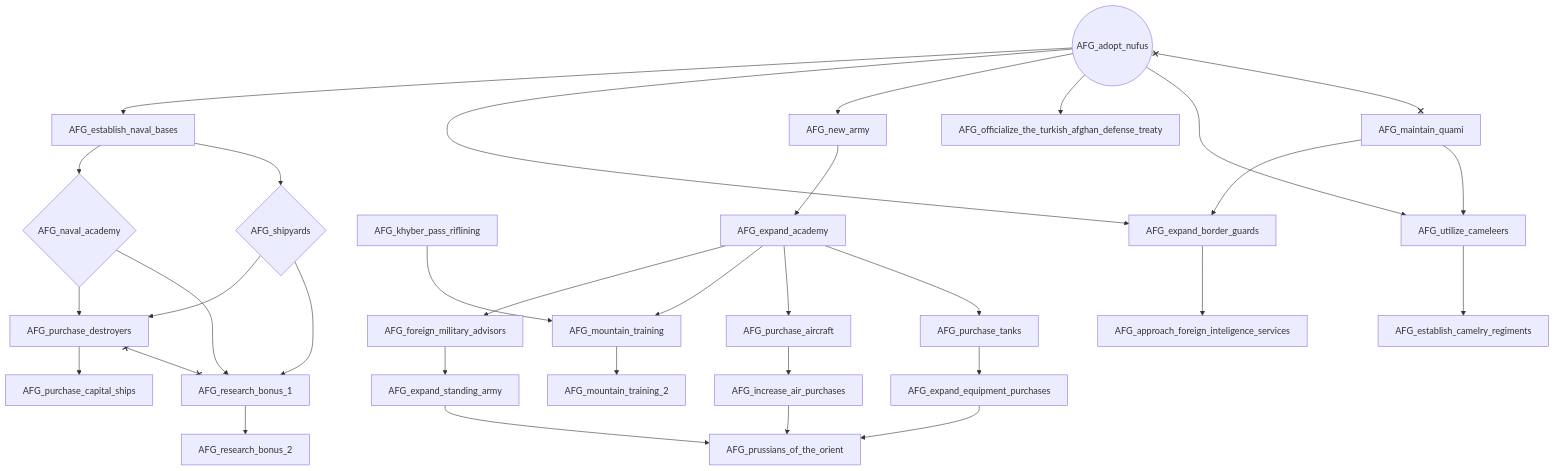
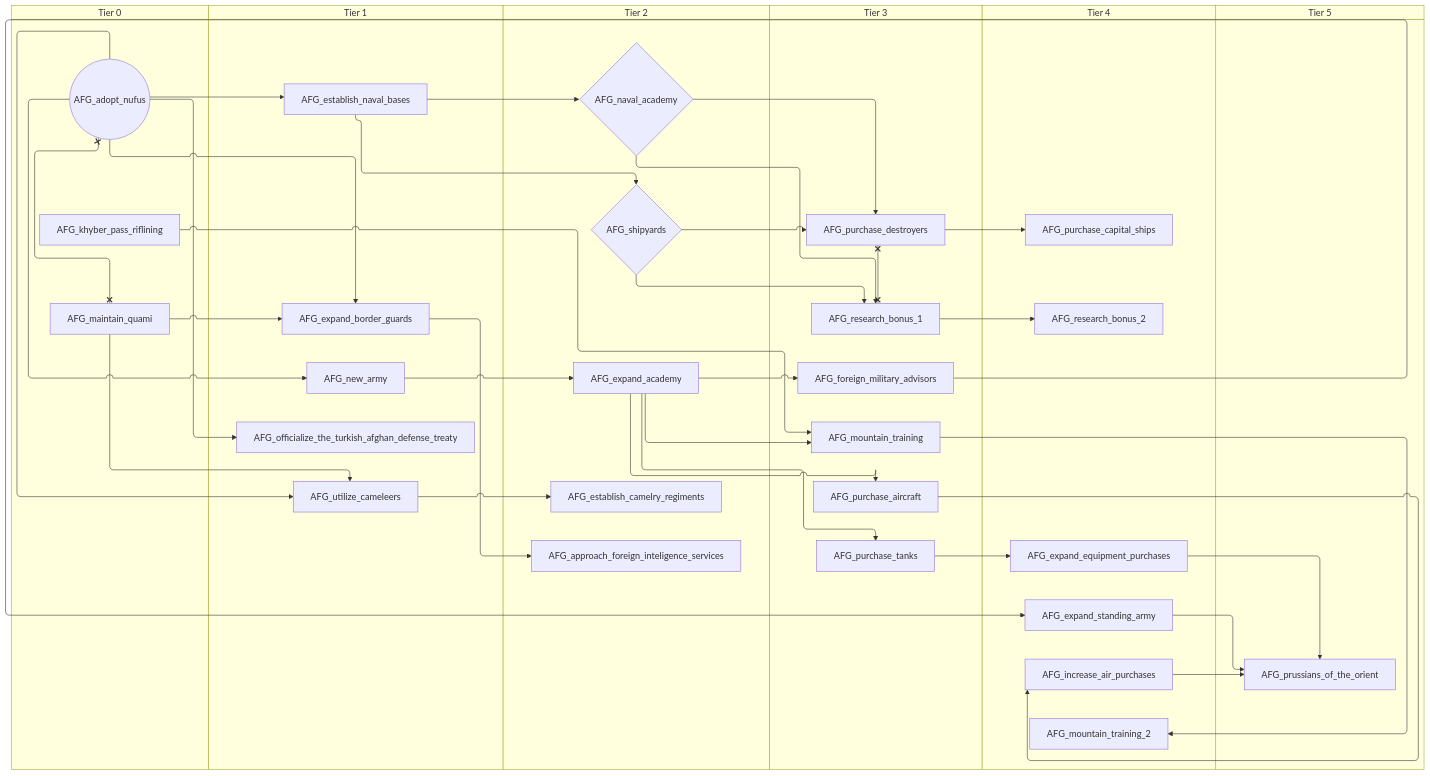
One commit to evgeny-sobol/hoi4-sandbox-mode-r56 changed the first of 8 diagrams in docs/gdd/National Focuses/r56/afghanistan.md. Above: the diagram before and after it, drawn with Mermaid. The commit also changed other lines of this file and 423 other files, not shown here.

First line of the commit message:
Re-export Rt56 focus trees as swimlane diagrams

````diff
--- a/docs/gdd/National Focuses/r56/afghanistan.md
+++ b/docs/gdd/National Focuses/r56/afghanistan.md
@@ -3,61 +3,73 @@
 ```mermaid
-flowchart TD
-    n1(("AFG_adopt_nufus"))
-    n2["AFG_approach_foreign_inteligence_services"]
-    n3["AFG_establish_camelry_regiments"]
-    n4["AFG_establish_naval_bases"]
-    n5["AFG_expand_academy"]
-    n6["AFG_expand_border_guards"]
-    n7["AFG_expand_equipment_purchases"]
-    n8["AFG_expand_standing_army"]
-    n9["AFG_foreign_military_advisors"]
-    n10["AFG_increase_air_purchases"]
-    n11["AFG_khyber_pass_riflining"]
-    n12["AFG_maintain_quami"]
-    n13["AFG_mountain_training"]
-    n14["AFG_mountain_training_2"]
-    n15{"AFG_naval_academy"}
-    n16["AFG_new_army"]
-    n17["AFG_officialize_the_turkish_afghan_defense_treaty"]
-    n18["AFG_prussians_of_the_orient"]
-    n19["AFG_purchase_aircraft"]
-    n20["AFG_purchase_capital_ships"]
-    n21["AFG_purchase_destroyers"]
-    n22["AFG_purchase_tanks"]
-    n23["AFG_research_bonus_1"]
-    n24["AFG_research_bonus_2"]
-    n25{"AFG_shipyards"}
-    n26["AFG_utilize_cameleers"]
-    n6 --> n2
-    n26 --> n3
+swimlane-beta TD
+    subgraph tier_0["Tier 0"]
+        n1(("AFG_adopt_nufus"))
+        n2["AFG_khyber_pass_riflining"]
+        n3["AFG_maintain_quami"]
+    end
+    subgraph tier_1["Tier 1"]
+        n4["AFG_establish_naval_bases"]
+        n5["AFG_expand_border_guards"]
+        n6["AFG_new_army"]
+        n7["AFG_officialize_the_turkish_afghan_defense_treaty"]
+        n8["AFG_utilize_cameleers"]
+    end
+    subgraph tier_2["Tier 2"]
+        n9["AFG_approach_foreign_inteligence_services"]
+        n10["AFG_establish_camelry_regiments"]
+        n11["AFG_expand_academy"]
+        n12{"AFG_naval_academy"}
+        n13{"AFG_shipyards"}
+    end
+    subgraph tier_3["Tier 3"]
+        n14["AFG_foreign_military_advisors"]
+        n15["AFG_mountain_training"]
+        n16["AFG_purchase_aircraft"]
+        n17["AFG_purchase_destroyers"]
+        n18["AFG_purchase_tanks"]
+        n19["AFG_research_bonus_1"]
+    end
+    subgraph tier_4["Tier 4"]
+        n20["AFG_expand_equipment_purchases"]
+        n21["AFG_expand_standing_army"]
+        n22["AFG_increase_air_purchases"]
+        n23["AFG_mountain_training_2"]
+        n24["AFG_purchase_capital_ships"]
+        n25["AFG_research_bonus_2"]
+    end
+    subgraph tier_5["Tier 5"]
+        n26["AFG_prussians_of_the_orient"]
+    end
+    n5 --> n9
+    n8 --> n10
     n1 --> n4
-    n16 --> n5
-    n12 --> n6
+    n6 --> n11
+    n3 --> n5
+    n1 --> n5
+    n18 --> n20
+    n14 --> n21
+    n11 --> n14
+    n16 --> n22
+    n2 --> n15
+    n11 --> n15
+    n15 --> n23
+    n4 --> n12
     n1 --> n6
-    n22 --> n7
-    n9 --> n8
-    n5 --> n9
-    n19 --> n10
-    n11 --> n13
-    n5 --> n13
-    n13 --> n14
-    n4 --> n15
-    n1 --> n16
-    n1 --> n17
-    n8 --> n18
-    n10 --> n18
-    n7 --> n18
-    n5 --> n19
-    n21 --> n20
-    n25 --> n21
-    n15 --> n21
-    n5 --> n22
-    n25 --> n23
-    n15 --> n23
-    n23 --> n24
-    n4 --> n25
-    n12 --> n26
-    n1 --> n26
-    n1 x--x n12
-    n21 x--x n23
+    n1 --> n7
+    n21 --> n26
+    n22 --> n26
+    n20 --> n26
+    n11 --> n16
+    n17 --> n24
+    n13 --> n17
+    n12 --> n17
+    n11 --> n18
+    n13 --> n19
+    n12 --> n19
+    n19 --> n25
+    n4 --> n13
+    n3 --> n8
+    n1 --> n8
+    n1 x--x n3
+    n17 x--x n19
 ```
````
